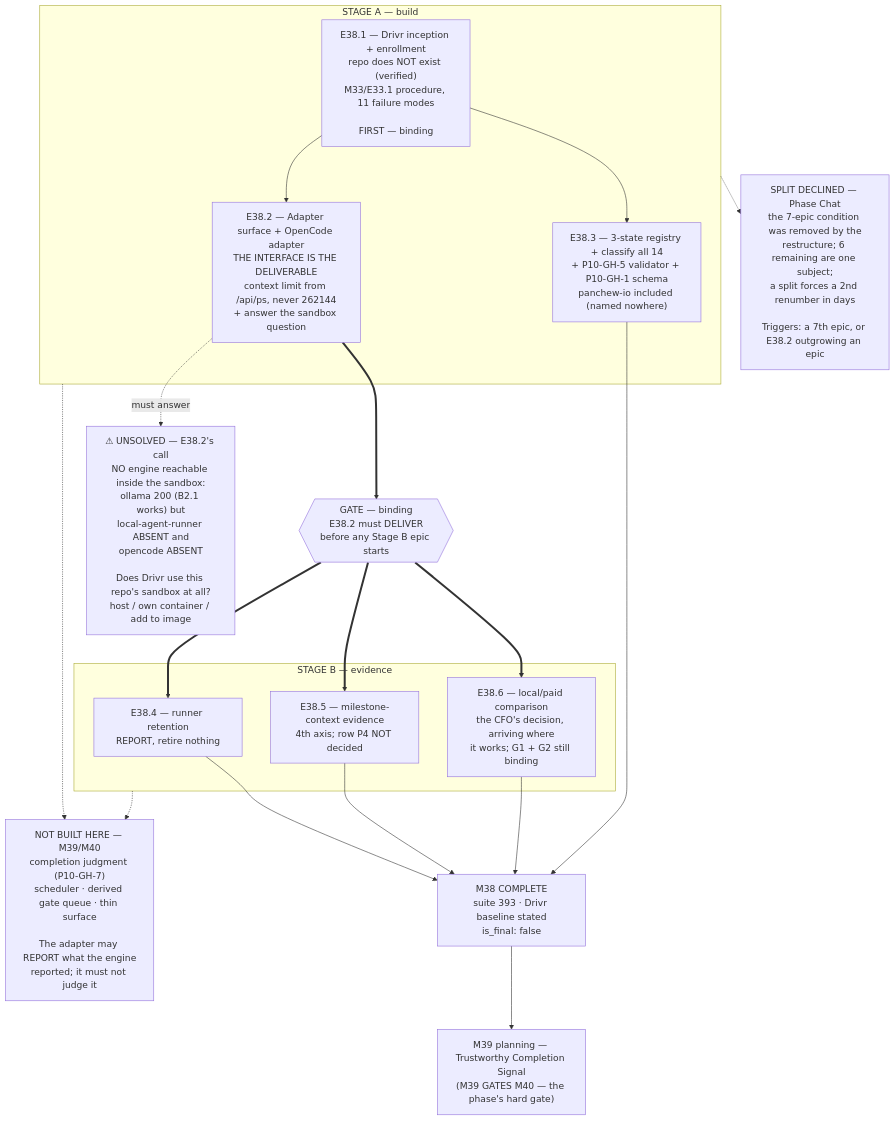
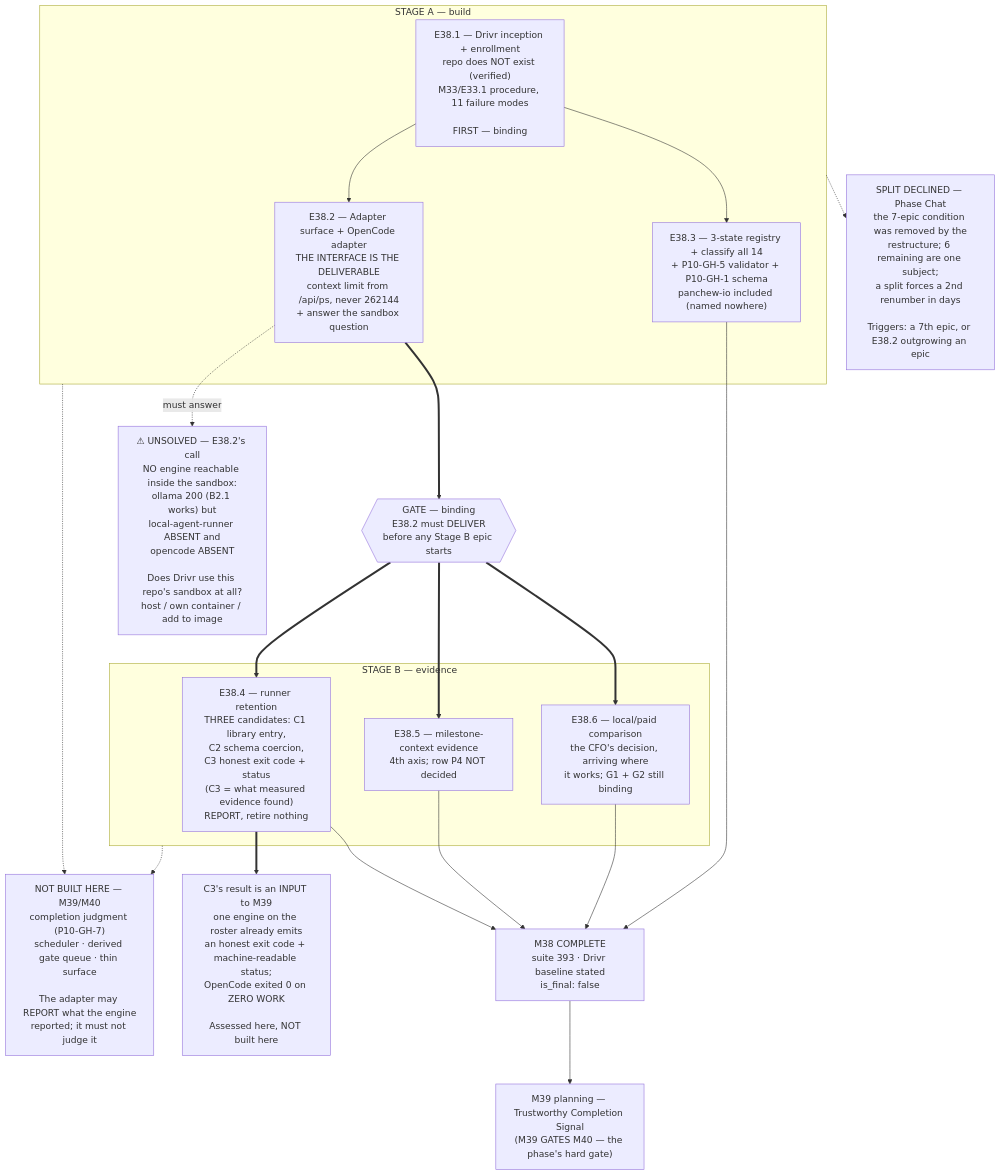
One commit to panchew/ai-project-system changed the diagram in docs/phases/P11__Drivr_Coordination_Over_Rented_Execution/P11-M38__milestone-spec.md. Above: the diagram before and after it, drawn with Mermaid. The commit also changed other lines of this file and 1 other file, not shown here.

````diff
--- a/docs/phases/P11__Drivr_Coordination_Over_Rented_Execution/P11-M38__milestone-spec.md
+++ b/docs/phases/P11__Drivr_Coordination_Over_Rented_Execution/P11-M38__milestone-spec.md
@@ -785,38 +860,41 @@
 ```mermaid
 flowchart TB
     subgraph SA["STAGE A — build"]
         E1["E38.1 — Drivr inception + enrollment<br/>repo does NOT exist (verified)<br/>M33/E33.1 procedure, 11 failure modes<br/><br/>FIRST — binding"]
         E2["E38.2 — Adapter surface + OpenCode adapter<br/>THE INTERFACE IS THE DELIVERABLE<br/>context limit from /api/ps, never 262144<br/>+ answer the sandbox question"]
         E3["E38.3 — 3-state registry + classify all 14<br/>+ P10-GH-5 validator + P10-GH-1 schema<br/>panchew-io included (named nowhere)"]
         E1 --> E2
         E1 --> E3
     end
 
     GATE{{"GATE — binding<br/>E38.2 must DELIVER<br/>before any Stage B epic starts"}}
     E2 ==> GATE
 
     subgraph SB["STAGE B — evidence"]
-        E4["E38.4 — runner retention<br/>REPORT, retire nothing"]
+        E4["E38.4 — runner retention<br/>THREE candidates: C1 library entry,<br/>C2 schema coercion,<br/>C3 honest exit code + status<br/>(C3 = what measured evidence found)<br/>REPORT, retire nothing"]
         E5["E38.5 — milestone-context evidence<br/>4th axis; row P4 NOT decided"]
         E6["E38.6 — local/paid comparison<br/>the CFO's decision, arriving where<br/>it works; G1 + G2 still binding"]
     end
     GATE ==> E4
     GATE ==> E5
     GATE ==> E6
 
     OPEN["⚠ UNSOLVED — E38.2's call<br/>NO engine reachable inside the sandbox:<br/>ollama 200 (B2.1 works) but<br/>local-agent-runner ABSENT and<br/>opencode ABSENT<br/><br/>Does Drivr use this repo's sandbox at all?<br/>host / own container / add to image"]
     E2 -.must answer.-> OPEN
 
     NOT["NOT BUILT HERE — M39/M40<br/>completion judgment (P10-GH-7)<br/>scheduler · derived gate queue · thin surface<br/><br/>The adapter may REPORT what the engine<br/>reported; it must not judge it"]
     SA -.-> NOT
     SB -.-> NOT
 
     NOSPLIT["SPLIT DECLINED — Phase Chat<br/>the 7-epic condition was removed by the<br/>restructure; 6 remaining are one subject;<br/>a split forces a 2nd renumber in days<br/><br/>Triggers: a 7th epic, or E38.2 outgrowing an epic"]
     SA -.-> NOSPLIT
 
+    M39IN["C3's result is an INPUT to M39<br/>one engine on the roster already emits<br/>an honest exit code + machine-readable status;<br/>OpenCode exited 0 on ZERO WORK<br/><br/>Assessed here, NOT built here"]
+    E4 ==> M39IN
+
     E4 --> DONE["M38 COMPLETE<br/>suite 393 · Drivr baseline stated<br/>is_final: false"]
     E5 --> DONE
     E6 --> DONE
     E3 --> DONE
     DONE --> M39["M39 planning — Trustworthy Completion Signal<br/>(M39 GATES M40 — the phase's hard gate)"]
 ```
````
